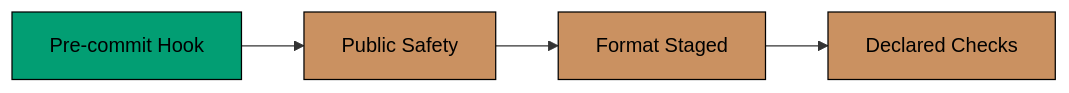
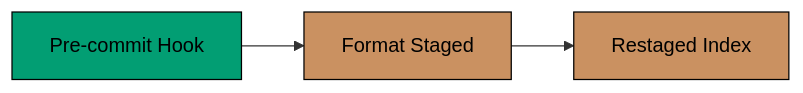
One commit to wahidyankf/ose-public changed the second of 4 diagrams in docs/reference/system-architecture/ci-cd.md. Above: the diagram before and after it, drawn with Mermaid. The commit also changed other lines of this file and 255 other files, not shown here.

````diff
--- a/docs/reference/system-architecture/ci-cd.md
+++ b/docs/reference/system-architecture/ci-cd.md
@@ -48,19 +48,17 @@
 ```mermaid
 graph LR
     accTitle: CI/CD Pipeline Overview 2
-    accDescr: Pre-commit Hook leads to Public Safety; Public Safety leads to Format Staged; Format Staged leads to Declared Checks.
+    accDescr: Pre-commit Hook leads to Format Staged; Format Staged leads to Restaged Index.
     PRE_COMMIT[Pre-commit Hook]
-    SAFETY[Public Safety]
     FORMAT[Format Staged]
-    CHECKS[Declared Checks]
+    INDEX[Restaged Index]
 
-    PRE_COMMIT --> SAFETY
-    SAFETY --> FORMAT
-    FORMAT --> CHECKS
+    PRE_COMMIT --> FORMAT
+    FORMAT --> INDEX
 
     classDef teal fill:#029E73,stroke:#000000,color:#000000
     classDef brown fill:#CA9161,stroke:#000000,color:#000000
     class PRE_COMMIT teal
-    class SAFETY,FORMAT,CHECKS brown
+    class FORMAT,INDEX brown
     classDef default fill:#0173B2,stroke:#000000,color:#FFFFFF
 ```
````
